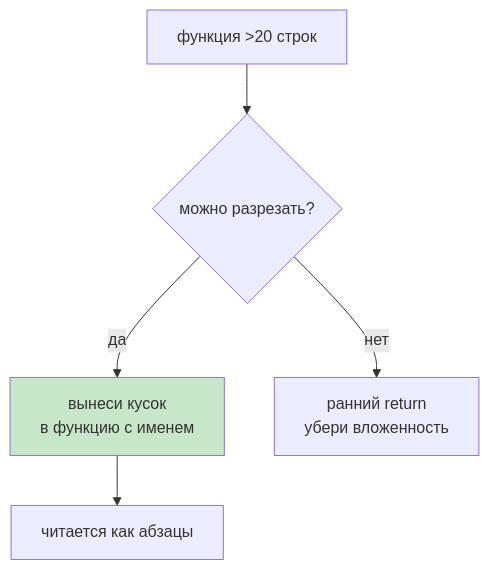
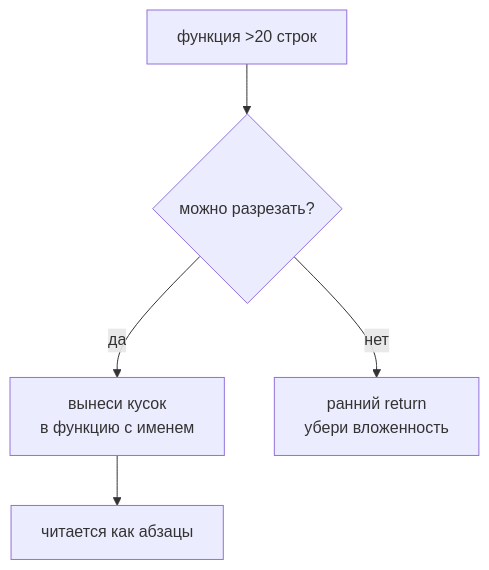
One commit to JayStorm228/College changed the second of 2 diagrams in 02_Курсы/01. Инженерные практики Python/01_Лекции/14. Читаемость кода.md. Above: the diagram before and after it, drawn with Mermaid. The commit also changed other lines of this file and 30 other files, not shown here.

First line of the commit message:
переименование NumPy лекций под академические заголовки + стандартные диаграммы

````diff
--- a/02_Курсы/01. Инженерные практики Python/01_Лекции/14. Читаемость кода.md
+++ b/02_Курсы/01. Инженерные практики Python/01_Лекции/14. Читаемость кода.md
@@ -152,8 +150,7 @@
 ```mermaid
 flowchart TD
   A[функция >20 строк] --> B{можно разрезать?}
   B -- да --> C[вынеси кусок<br>в функцию с именем]
   B -- нет --> D[ранний return<br>убери вложенность]
   C --> E[читается как абзацы]
-  style C fill:#c8e6c9
 ```
````
